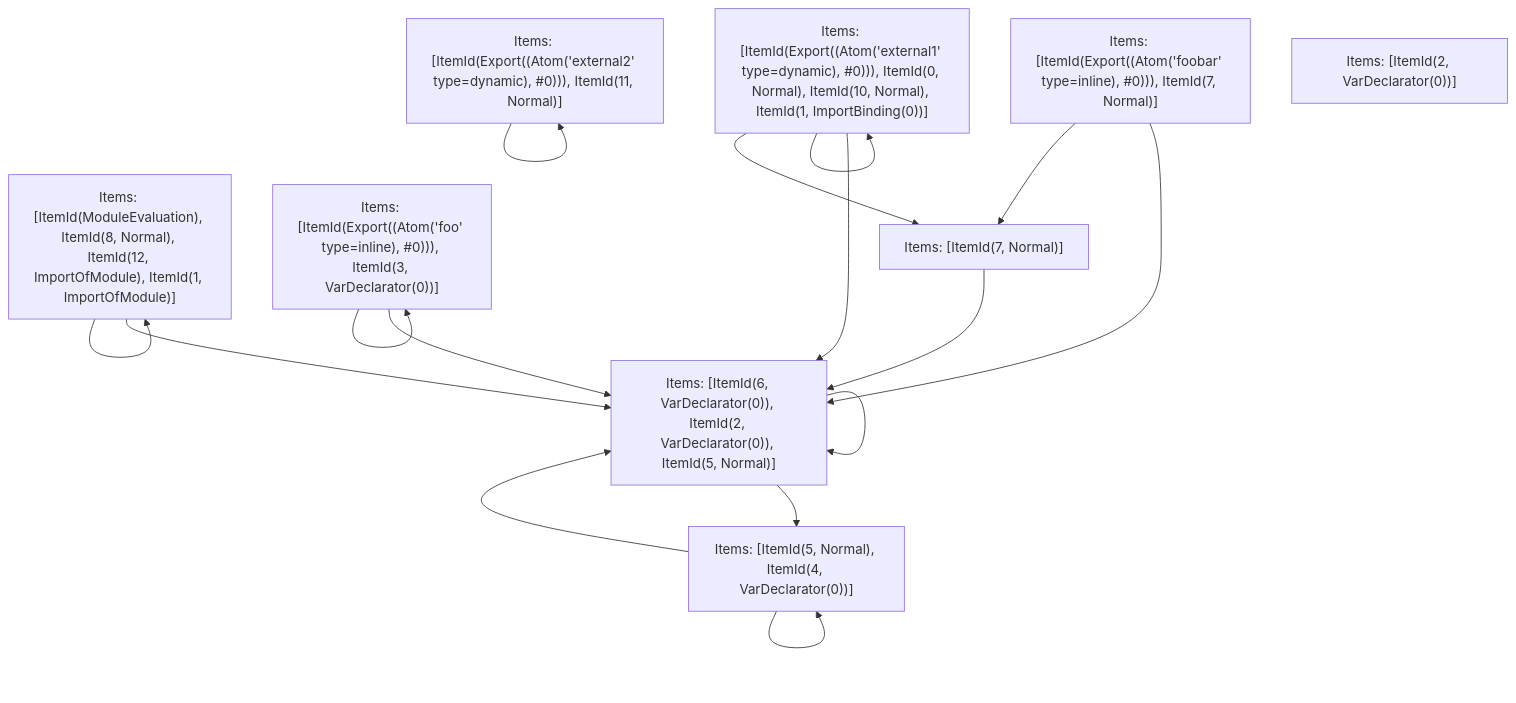
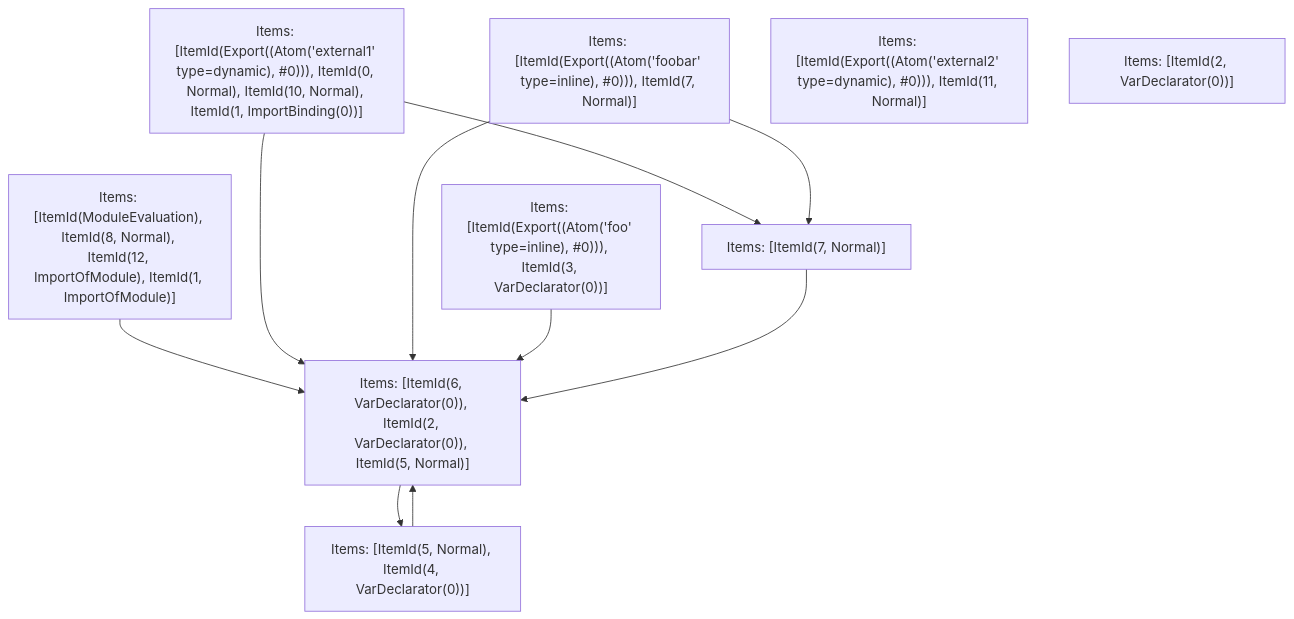
The fifth of 5 diagrams in crates/turbopack-ecmascript/tests/tree-shaker/analyzer/2/output.md (vercel/turborepo), drawn with Mermaid before and after one commit. The commit also changed 3 other files, not shown here.

````diff
--- a/crates/turbopack-ecmascript/tests/tree-shaker/analyzer/2/output.md
+++ b/crates/turbopack-ecmascript/tests/tree-shaker/analyzer/2/output.md
@@ -368,27 +368,21 @@
 ```mermaid
 graph TD
     N0["Items: [ItemId(ModuleEvaluation), ItemId(8, Normal), ItemId(12, ImportOfModule), ItemId(1, ImportOfModule)]"];
     N1["Items: [ItemId(Export((Atom('external1' type=dynamic), #0))), ItemId(0, Normal), ItemId(10, Normal), ItemId(1, ImportBinding(0))]"];
     N2["Items: [ItemId(Export((Atom('foobar' type=inline), #0))), ItemId(7, Normal)]"];
     N3["Items: [ItemId(Export((Atom('foo' type=inline), #0))), ItemId(3, VarDeclarator(0))]"];
     N4["Items: [ItemId(Export((Atom('external2' type=dynamic), #0))), ItemId(11, Normal)]"];
     N5["Items: [ItemId(2, VarDeclarator(0))]"];
     N6["Items: [ItemId(5, Normal), ItemId(4, VarDeclarator(0))]"];
     N7["Items: [ItemId(6, VarDeclarator(0)), ItemId(2, VarDeclarator(0)), ItemId(5, Normal)]"];
     N8["Items: [ItemId(7, Normal)]"];
-    N0 --> N0;
     N0 --> N7;
-    N1 --> N1;
     N1 --> N7;
     N1 --> N8;
     N2 --> N7;
     N2 --> N8;
-    N3 --> N3;
     N3 --> N7;
-    N4 --> N4;
-    N6 --> N6;
     N6 --> N7;
-    N7 --> N7;
     N7 --> N6;
     N8 --> N7;
 ```
````
